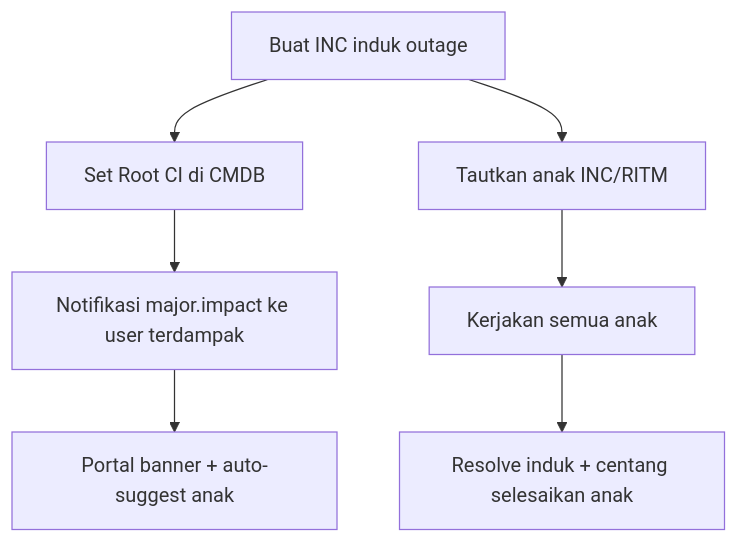
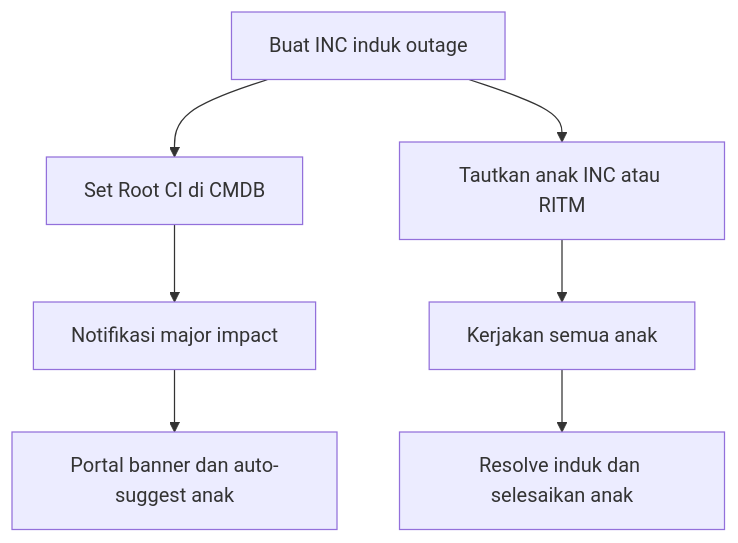
One commit to bontiharyanto/novacrm changed the tenth of 14 diagrams in docs/TICKETING-JOURNEY.md. Above: the diagram before and after it, drawn with Mermaid. The commit also changed other lines of this file, not shown here.

First line of the commit message:
Fix Mermaid diagram syntax in ticketing journey doc for GitHub rendering.

````diff
--- a/docs/TICKETING-JOURNEY.md
+++ b/docs/TICKETING-JOURNEY.md
@@ -328,9 +328,9 @@
 ```mermaid
 flowchart TB
-  M[Buat INC induk outage] --> CI[Set Root CI di CMDB]
-  CI --> N[Notifikasi major.impact ke user terdampak]
-  N --> B[Portal banner + auto-suggest anak]
-  M --> L[Tautkan anak INC/RITM]
+  M["Buat INC induk outage"] --> CI["Set Root CI di CMDB"]
+  CI --> N["Notifikasi major impact"]
+  N --> B["Portal banner dan auto-suggest anak"]
+  M --> L["Tautkan anak INC atau RITM"]
   L --> W[Kerjakan semua anak]
-  W --> R[Resolve induk + centang selesaikan anak]
+  W --> R["Resolve induk dan selesaikan anak"]
 ```
````
